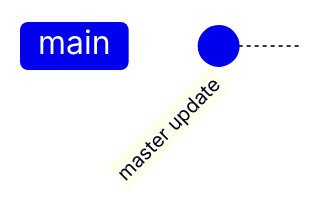
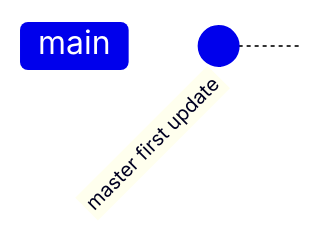
One commit to dmjcb/dmjcb.github.io changed the sixth of 14 diagrams in _posts/software/git/2024-09-24-命令.md. Above: the diagram before and after it, drawn with Mermaid. The commit also changed other lines of this file and 138 other files, not shown here.

Commit message:
修改git博客图片

````diff
--- a/_posts/software/git/2024-09-24-命令.md
+++ b/_posts/software/git/2024-09-24-命令.md
@@ -449,4 +516,4 @@
 ```mermaid
 gitGraph
-    commit id: "master update"
+    commit id: "master first update"
 ```
````
